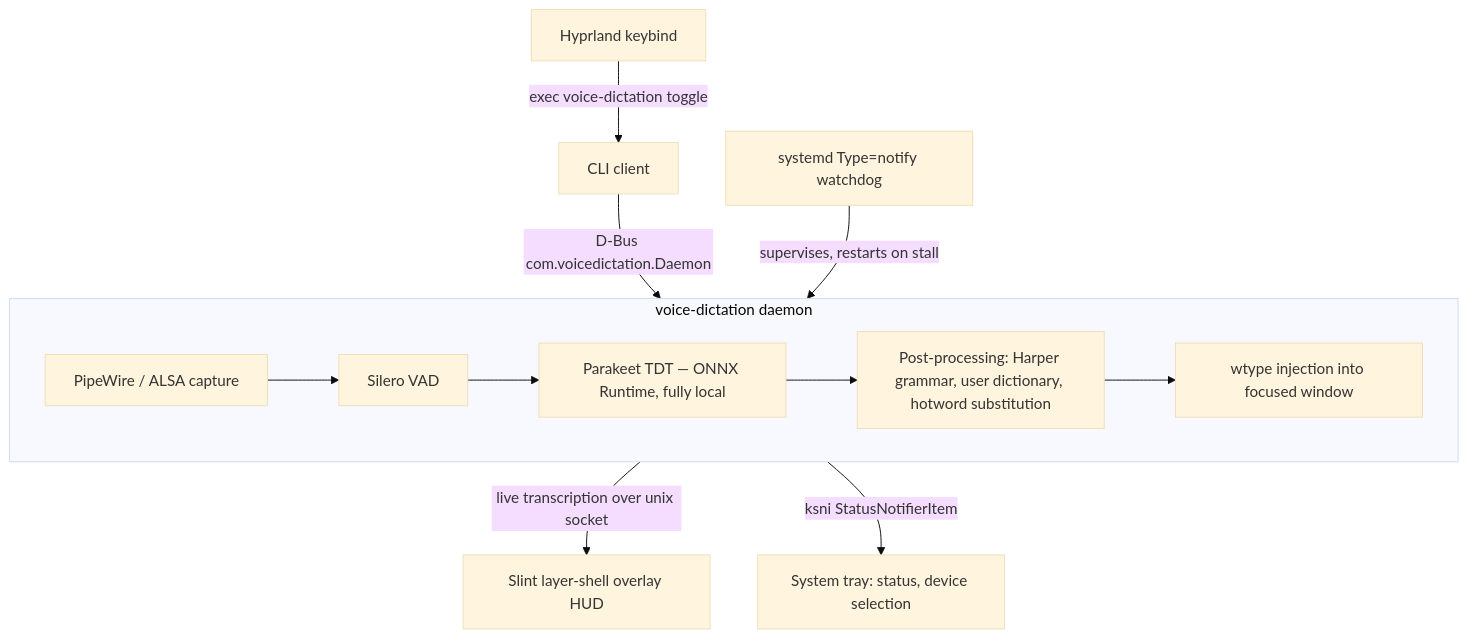
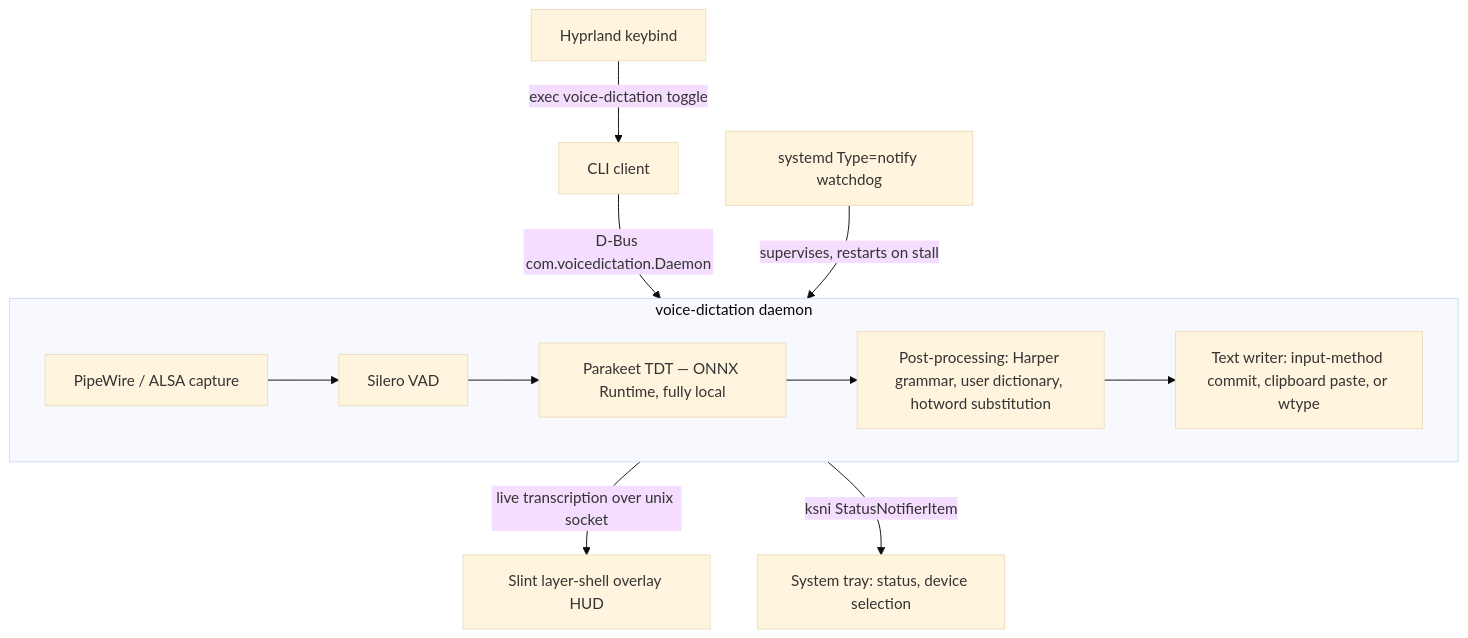
Before and after one commit to MasonRhodesDev/wayland-voice-dictation: the diagram in README.md, drawn with Mermaid (base theme). The commit also changed other lines of this file and 11 other files, not shown here.

First line of the commit message:
feat: input-method commit_string writer with clipboard-restoring paste fallback

````diff
--- a/README.md
+++ b/README.md
@@ -21,16 +21,16 @@
 ```mermaid
 flowchart TD
     key["Hyprland keybind"] -->|"exec voice-dictation toggle"| cli["CLI client"]
     cli -->|"D-Bus com.voicedictation.Daemon"| engine
 
     subgraph engine["voice-dictation daemon"]
         cap["PipeWire / ALSA capture"] --> vad["Silero VAD"]
         vad --> asr["Parakeet TDT — ONNX Runtime, fully local"]
         asr --> post["Post-processing: Harper grammar, user dictionary, hotword substitution"]
-        post --> inject["wtype injection into focused window"]
+        post --> inject["Text writer: input-method commit, clipboard paste, or wtype"]
     end
 
     engine -->|"live transcription over unix socket"| hud["Slint layer-shell overlay HUD"]
     engine -->|"ksni StatusNotifierItem"| tray["System tray: status, device selection"]
     systemd["systemd Type=notify watchdog"] -->|"supervises, restarts on stall"| engine
 ```
````
